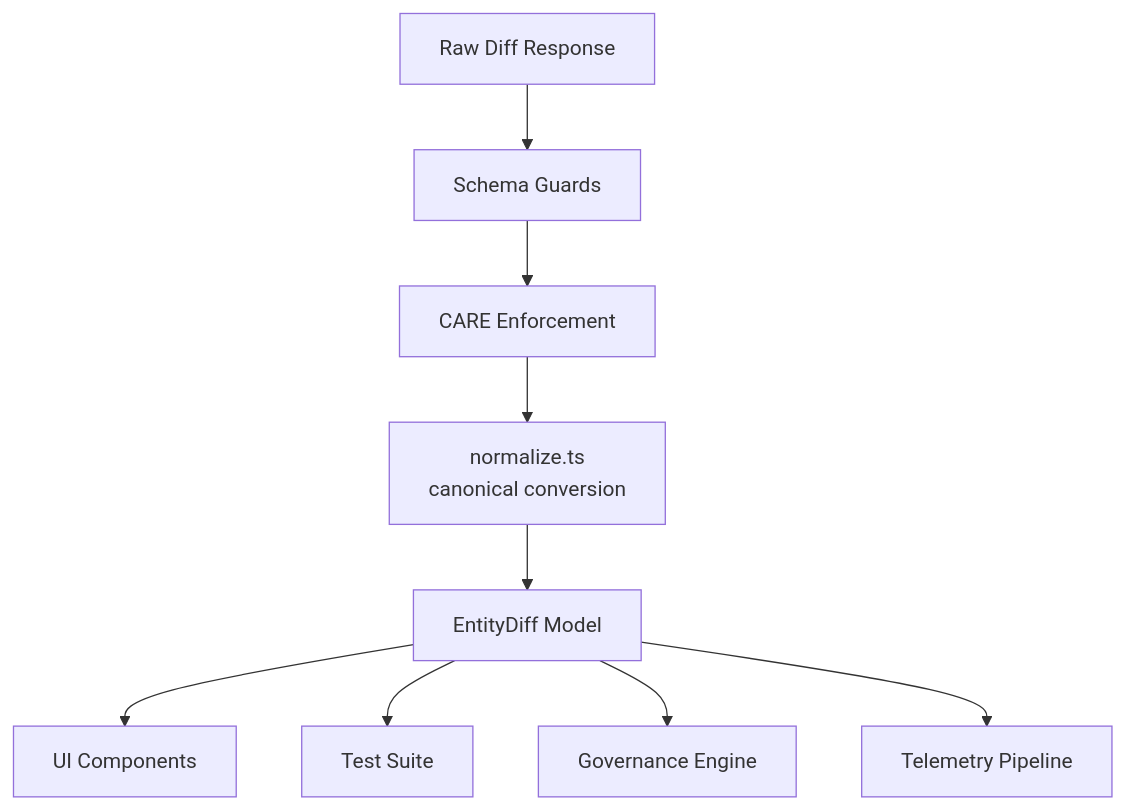
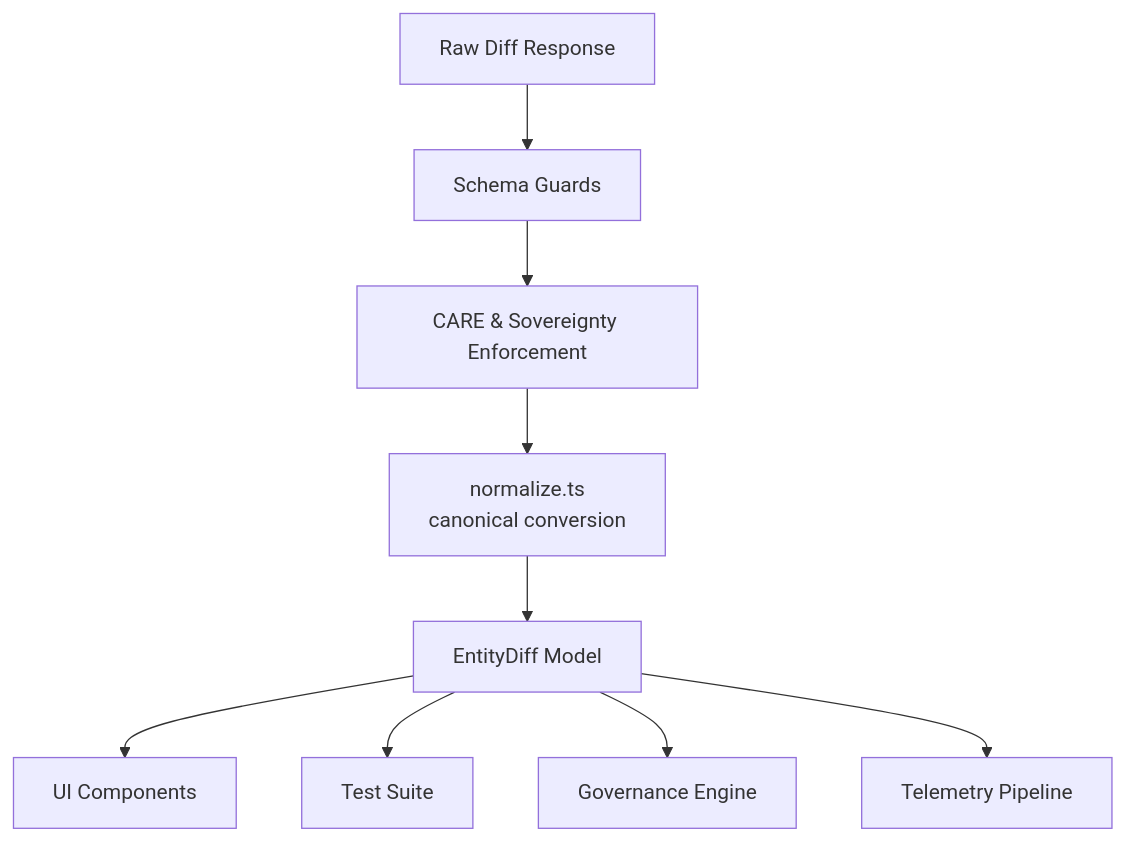
Before and after one commit to bartytime4life/Kansas-Frontier-Matrix: the first of 3 diagrams in web/src/entities/diff-first/model/README.md, drawn with Mermaid. The commit also changed other lines of this file, not shown here.

````diff
--- a/web/src/entities/diff-first/model/README.md
+++ b/web/src/entities/diff-first/model/README.md
@@ -67,11 +142,11 @@
-```mermaid
+~~~mermaid
 flowchart TD
     RAW[Raw Diff Response] --> GUARD[Schema Guards]
-    GUARD --> CARE[CARE Enforcement]
+    GUARD --> CARE[CARE & Sovereignty Enforcement]
     CARE --> NORM[normalize.ts<br/>canonical conversion]
     NORM --> MODEL[EntityDiff Model]
     MODEL --> UI[UI Components]
     MODEL --> TESTS[Test Suite]
     MODEL --> GOV[Governance Engine]
     MODEL --> TEL[Telemetry Pipeline]
-```
+~~~
````
